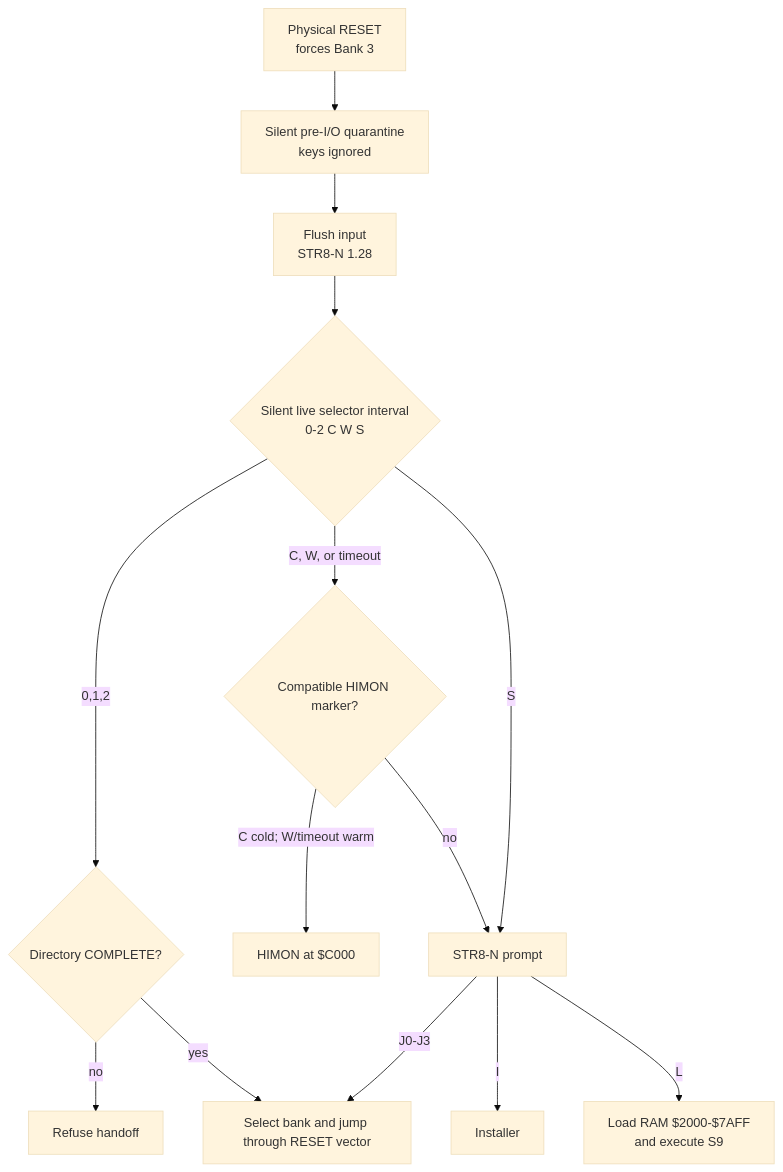
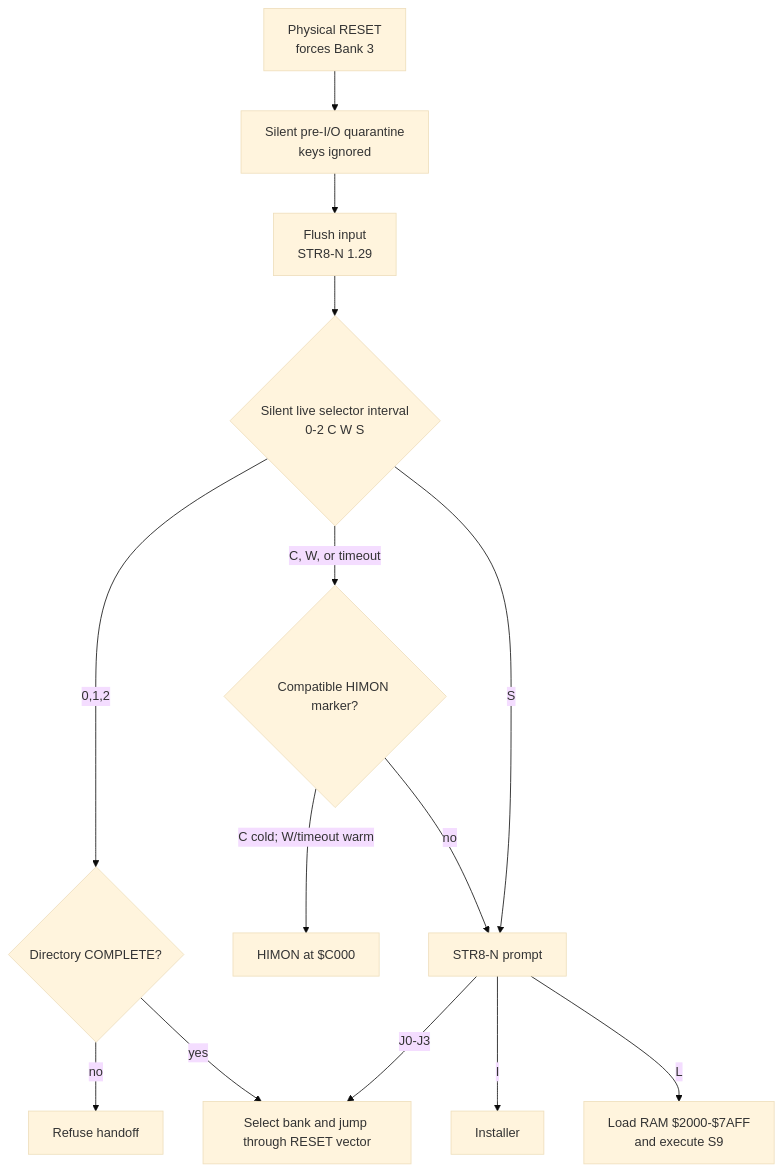
Before and after one commit to 95westus/STR8-N: the fourth of 14 diagrams in docs/MAPS.md, drawn with Mermaid (base theme). The commit also changed other lines of this file and 10 other files, not shown here.

````diff
--- a/docs/MAPS.md
+++ b/docs/MAPS.md
@@ -89,16 +89,16 @@
 ```mermaid
 flowchart TD
     R[Physical RESET<br/>forces Bank 3] --> A[Silent pre-I/O quarantine<br/>keys ignored]
-    A --> P[Flush input<br/>STR8-N 1.28]
+    A --> P[Flush input<br/>STR8-N 1.29]
     P --> Q{Silent live selector interval<br/>0-2 C W S}
     Q -->|0,1,2| C{Directory COMPLETE?}
     C -->|no| F[Refuse handoff]
     C -->|yes| J[Select bank and jump through RESET vector]
     Q -->|C, W, or timeout| M{Compatible HIMON marker?}
     M -->|C cold; W/timeout warm| H[HIMON at $C000]
     M -->|no| S[STR8-N prompt]
     Q -->|S| S
     S -->|J0-J3| J
     S -->|I| I[Installer]
     S -->|L| L[Load RAM $2000-$7AFF<br/>and execute S9]
 ```
````
